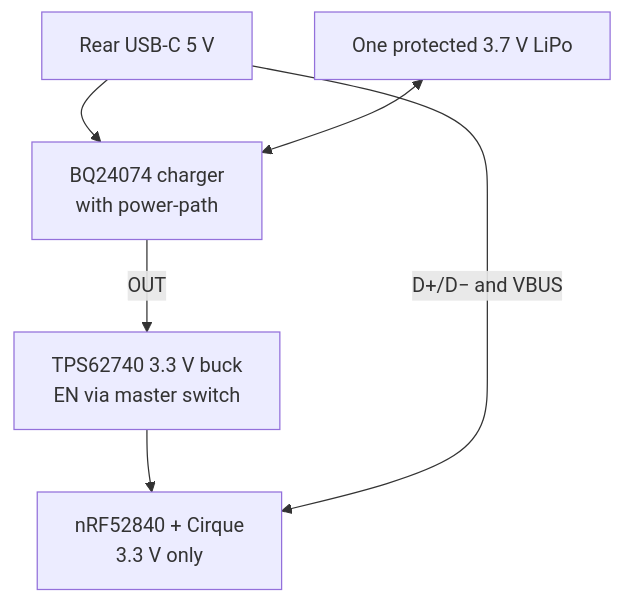
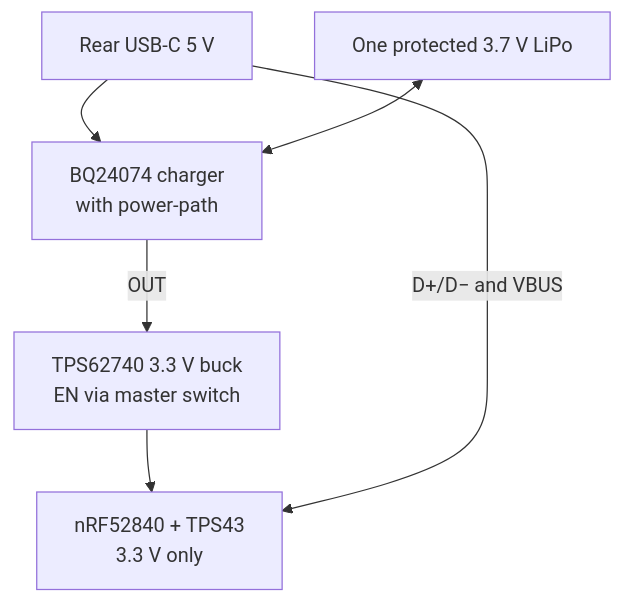
One commit to bhadkamkar9snehil/Sofpad changed the second of 2 diagrams in hardware/r3/ARCHITECTURE.md. Above: the diagram before and after it, drawn with Mermaid. The commit also changed other lines of this file and 68 other files, not shown here.

````diff
--- a/hardware/r3/ARCHITECTURE.md
+++ b/hardware/r3/ARCHITECTURE.md
@@ -111,8 +113,8 @@
 ```mermaid
 flowchart TB
   USB["Rear USB-C 5 V"] --> CHG["BQ24074 charger\nwith power-path"]
   CELL["One protected 3.7 V LiPo"] <--> CHG
   CHG -->|"OUT"| BUCK["TPS62740 3.3 V buck\nEN via master switch"]
-  BUCK --> MCU["nRF52840 + Cirque\n3.3 V only"]
+  BUCK --> MCU["nRF52840 + TPS43\n3.3 V only"]
   USB -->|"D+/D− and VBUS"| MCU
 ```
````
